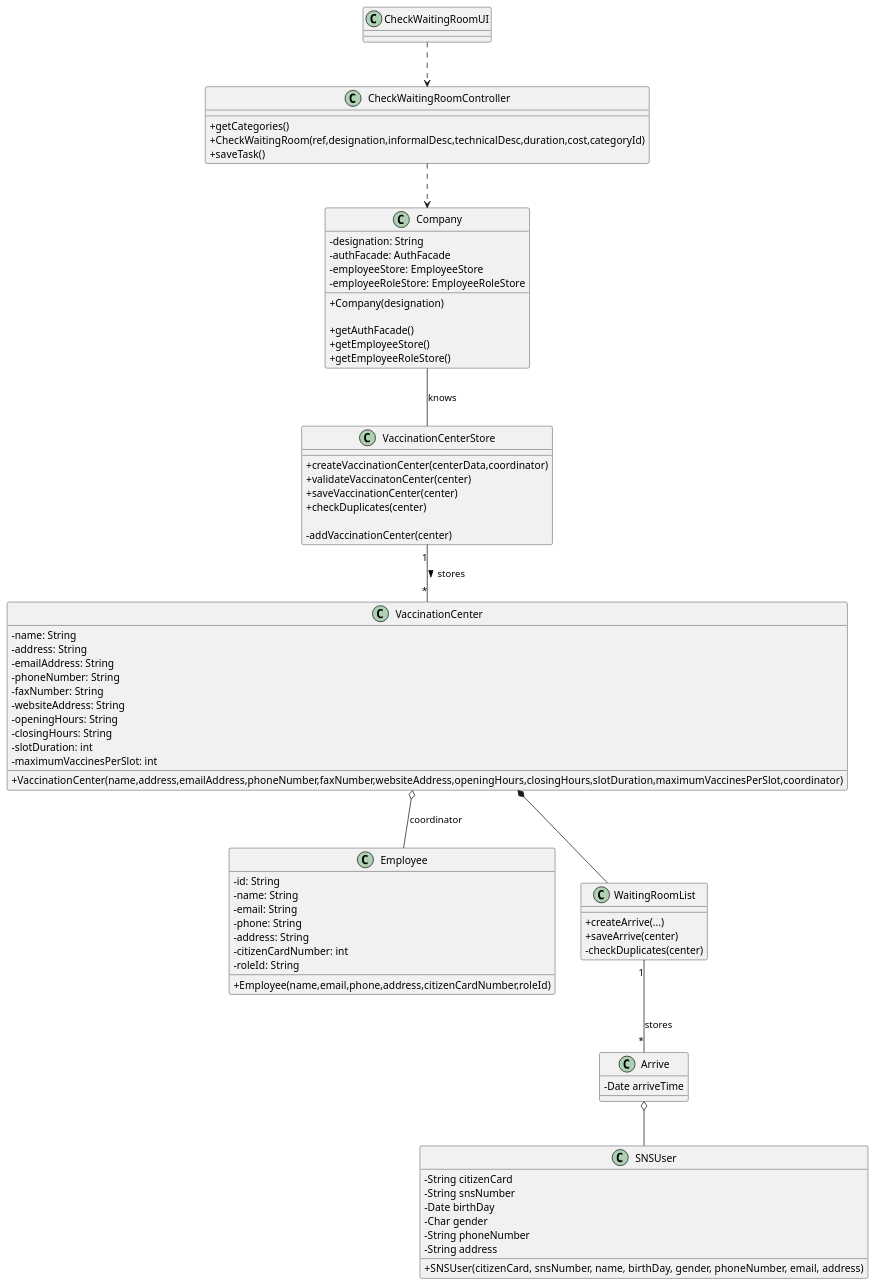
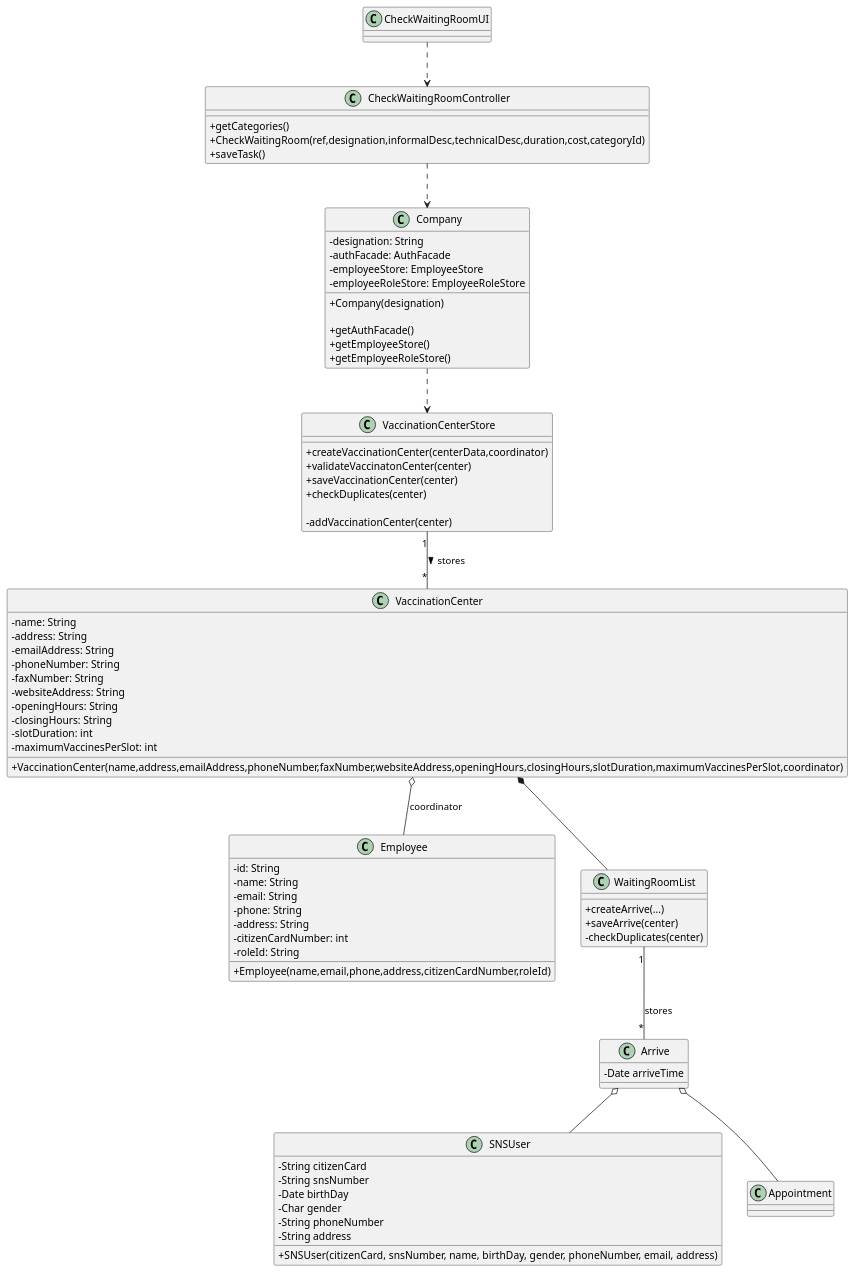
One commit to miseEnPlace-i/lapr2 changed the diagram in docs/SprintC/US05/CD/US05_CD.puml. Above: the diagram before and after it, drawn with PlantUML.

Commit message:
docs(US05): added appointment relation with arrive

```diff
--- a/docs/SprintC/US05/CD/US05_CD.puml
+++ b/docs/SprintC/US05/CD/US05_CD.puml
@@ -1,95 +1,100 @@
 @startuml
 skinparam classAttributeIconSize 0
 
 class Arrive {
   - Date arriveTime
 }
 
 class Company {
   -designation: String
   -authFacade: AuthFacade
   -employeeStore: EmployeeStore
   -employeeRoleStore: EmployeeRoleStore
   
   +Company(designation)
 
   +getAuthFacade()
   +getEmployeeStore()
   +getEmployeeRoleStore()
 }
 
 class CheckWaitingRoomController {
   +getCategories()
   +CheckWaitingRoom(ref,designation,informalDesc,technicalDesc,duration,cost,categoryId)
   +saveTask()
 }
 
 class CheckWaitingRoomUI {}
 
 class VaccinationCenter {
   - name: String
   - address: String
   - emailAddress: String
   - phoneNumber: String
   - faxNumber: String
   - websiteAddress: String
   - openingHours: String
   - closingHours: String
   - slotDuration: int
   - maximumVaccinesPerSlot: int
   
   +VaccinationCenter(name,address,emailAddress,phoneNumber,faxNumber,websiteAddress,openingHours,closingHours,slotDuration,maximumVaccinesPerSlot,coordinator)
 }
 
 class VaccinationCenterStore {
 +createVaccinationCenter(centerData,coordinator)
 +validateVaccinatonCenter(center)
 +saveVaccinationCenter(center)
 +checkDuplicates(center)
 
 -addVaccinationCenter(center)
 }
 
 class Employee {
   -id: String 
   -name: String 
   -email: String 
   -phone: String 
   -address: String 
   -citizenCardNumber: int 
   -roleId: String 
 
   +Employee(name,email,phone,address,citizenCardNumber,roleId)
 }
 
 class SNSUser {
   - String citizenCard
   - String snsNumber
   - Date birthDay
   - Char gender
   - String phoneNumber
   - String address
   + SNSUser(citizenCard, snsNumber, name, birthDay, gender, phoneNumber, email, address)
 }
 
 class WaitingRoomList {
   +createArrive(...)
   +saveArrive(center)
   -checkDuplicates(center)
 }
 
+class Appointment {
+
+}
+
 CheckWaitingRoomUI ..> CheckWaitingRoomController
 CheckWaitingRoomController ..> Company
 
 Arrive o-- SNSUser
+Arrive o-- Appointment
 
 VaccinationCenter o-- Employee : coordinator
 VaccinationCenterStore "1" -- "*" VaccinationCenter : stores >
 
-Company -- VaccinationCenterStore : knows
+Company ..> VaccinationCenterStore
 
 WaitingRoomList "1" -- "*" Arrive : stores
 
 VaccinationCenter *-- WaitingRoomList
 
 @enduml
```
